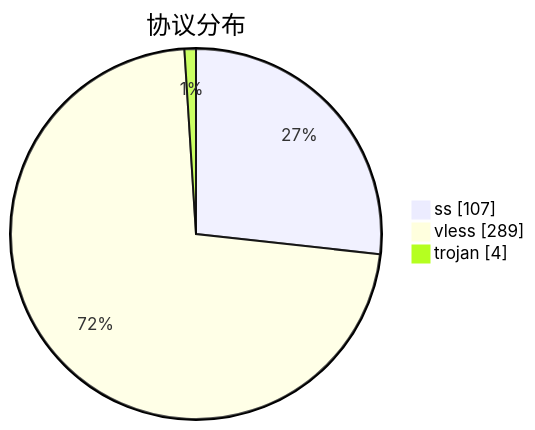
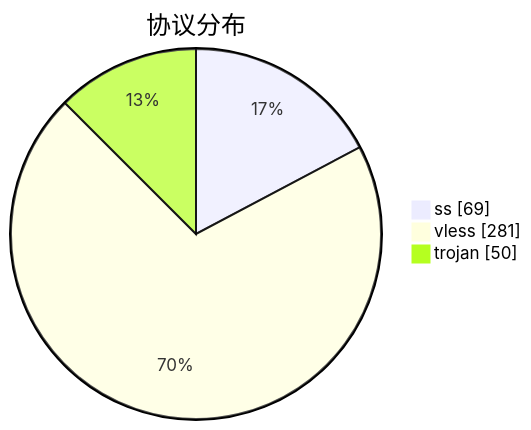
Before and after one commit to qjlxg/airport: the third of 3 diagrams in subs/statistics/tested_within.md, drawn with Mermaid. The commit also changed other lines of this file and 2 other files, not shown here.

````diff
--- a/subs/statistics/tested_within.md
+++ b/subs/statistics/tested_within.md
@@ -18,7 +19,7 @@
 ```mermaid
 pie showData
 title 协议分布
-"ss" : 107
-"vless" : 289
-"trojan" : 4
+"ss" : 69
+"vless" : 281
+"trojan" : 50
 ```
````
